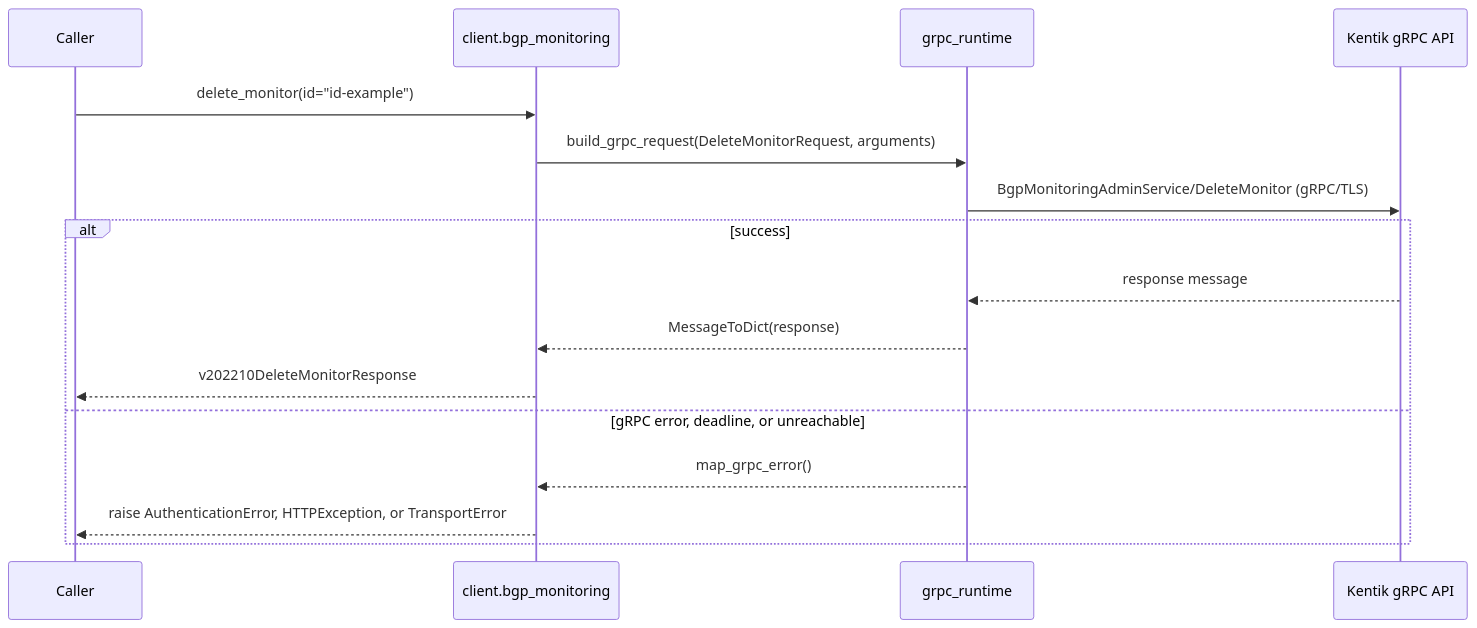
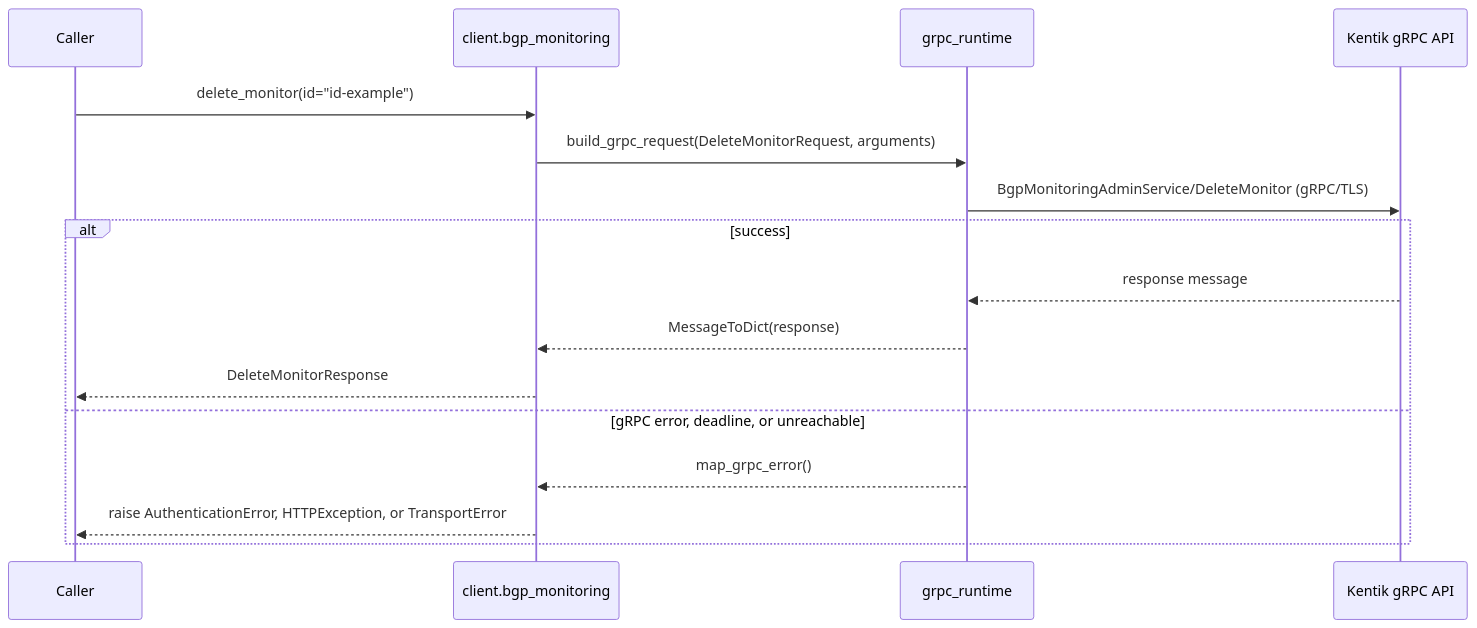
Before and after one commit to alexdearaujo/community_sdk_python: diagram 15 of 18 in docs/sphinx/services/bgp_monitoring.md, drawn with Mermaid. The commit also changed other lines of this file and 38 other files, not shown here.

````diff
--- a/docs/sphinx/services/bgp_monitoring.md
+++ b/docs/sphinx/services/bgp_monitoring.md
@@ -511,19 +511,19 @@
 ```mermaid
 sequenceDiagram
     participant C as Caller
     participant W as client.bgp_monitoring
     participant R as grpc_runtime
     participant API as Kentik gRPC API
 
     C->>W: delete_monitor(id="id-example")
     W->>R: build_grpc_request(DeleteMonitorRequest, arguments)
     R->>API: BgpMonitoringAdminService/DeleteMonitor (gRPC/TLS)
     alt success
         API-->>R: response message
         R-->>W: MessageToDict(response)
-        W-->>C: v202210DeleteMonitorResponse
+        W-->>C: DeleteMonitorResponse
     else gRPC error, deadline, or unreachable
         R-->>W: map_grpc_error()
         W-->>C: raise AuthenticationError, HTTPException, or TransportError
     end
 ```
````
